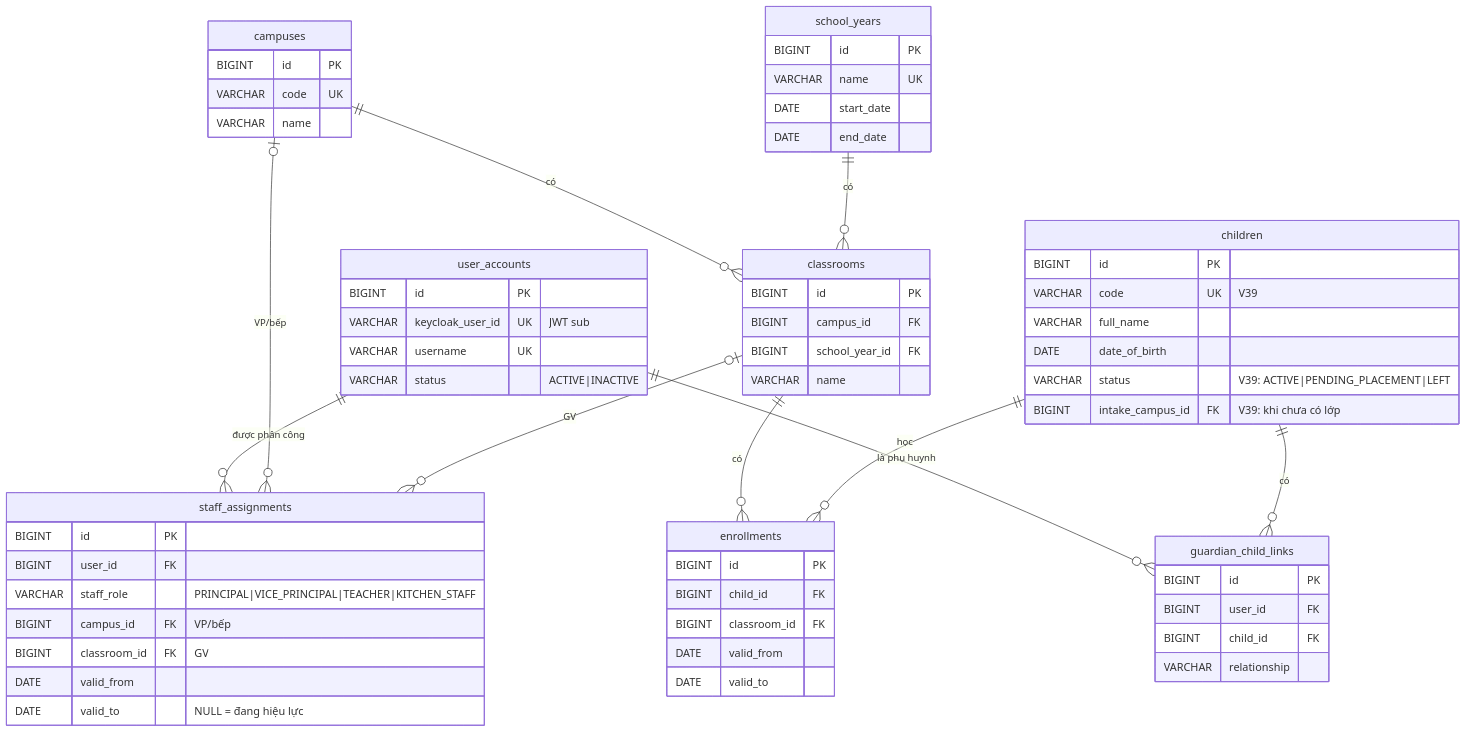
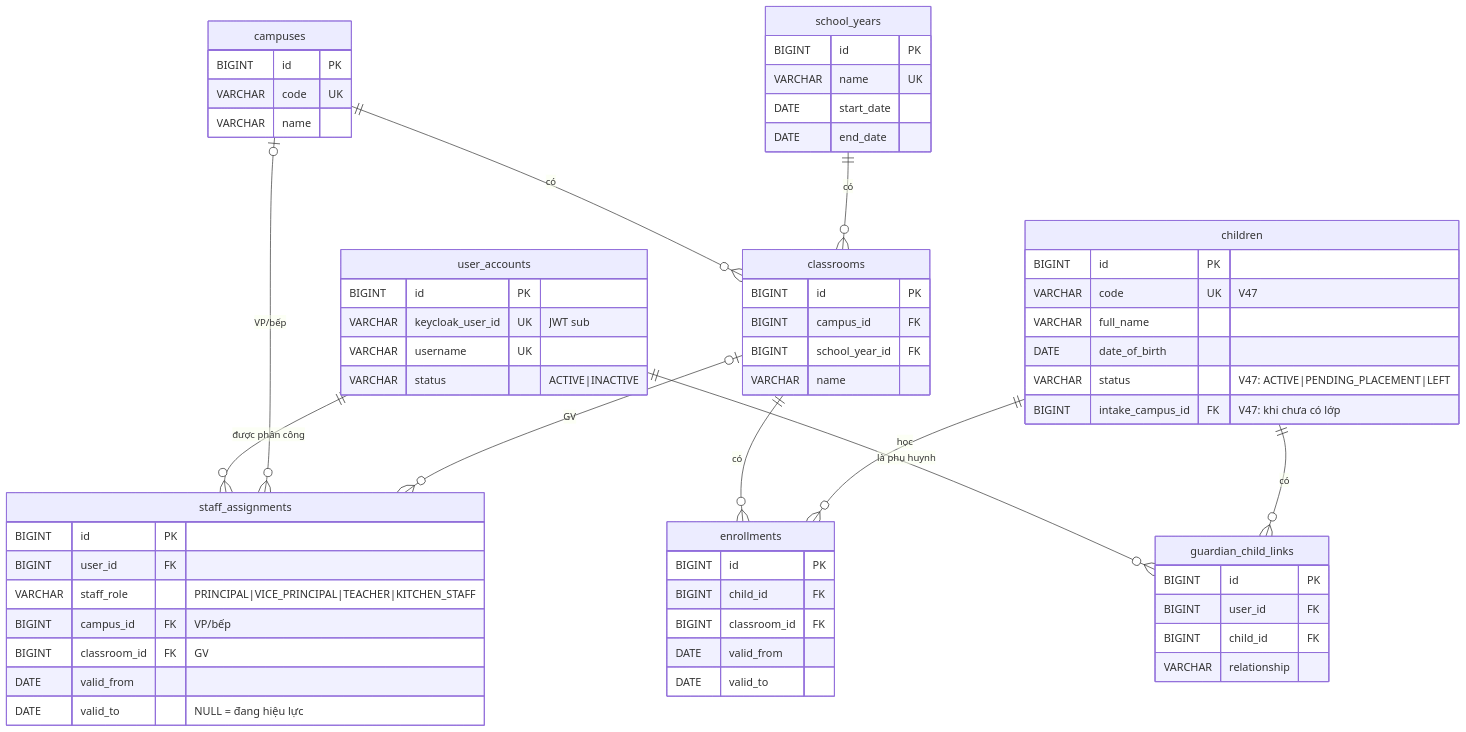
The first of 4 diagrams in docs/database/ERD.md (thang-04/CareNest_BE), drawn with Mermaid before and after one commit. The commit also changed other lines of this file and 19 other files, not shown here.

````diff
--- a/docs/database/ERD.md
+++ b/docs/database/ERD.md
@@ -7,66 +7,66 @@
 ```mermaid
 erDiagram
     user_accounts ||--o{ staff_assignments : "được phân công"
     user_accounts ||--o{ guardian_child_links : "là phụ huynh"
     campuses ||--o{ classrooms : "có"
     school_years ||--o{ classrooms : "có"
     campuses |o--o{ staff_assignments : "VP/bếp"
     classrooms |o--o{ staff_assignments : "GV"
     classrooms ||--o{ enrollments : "có"
     children ||--o{ enrollments : "học"
     children ||--o{ guardian_child_links : "có"
 
     user_accounts {
         BIGINT id PK
         VARCHAR keycloak_user_id UK "JWT sub"
         VARCHAR username UK
         VARCHAR status "ACTIVE|INACTIVE"
     }
     campuses {
         BIGINT id PK
         VARCHAR code UK
         VARCHAR name
     }
     school_years {
         BIGINT id PK
         VARCHAR name UK
         DATE start_date
         DATE end_date
     }
     classrooms {
         BIGINT id PK
         BIGINT campus_id FK
         BIGINT school_year_id FK
         VARCHAR name
     }
     staff_assignments {
         BIGINT id PK
         BIGINT user_id FK
         VARCHAR staff_role "PRINCIPAL|VICE_PRINCIPAL|TEACHER|KITCHEN_STAFF"
         BIGINT campus_id FK "VP/bếp"
         BIGINT classroom_id FK "GV"
         DATE valid_from
         DATE valid_to "NULL = đang hiệu lực"
     }
     children {
         BIGINT id PK
-        VARCHAR code UK "V39"
+        VARCHAR code UK "V47"
         VARCHAR full_name
         DATE date_of_birth
-        VARCHAR status "V39: ACTIVE|PENDING_PLACEMENT|LEFT"
-        BIGINT intake_campus_id FK "V39: khi chưa có lớp"
+        VARCHAR status "V47: ACTIVE|PENDING_PLACEMENT|LEFT"
+        BIGINT intake_campus_id FK "V47: khi chưa có lớp"
     }
     enrollments {
         BIGINT id PK
         BIGINT child_id FK
         BIGINT classroom_id FK
         DATE valid_from
         DATE valid_to
     }
     guardian_child_links {
         BIGINT id PK
         BIGINT user_id FK
         BIGINT child_id FK
         VARCHAR relationship
     }
 ```
````
